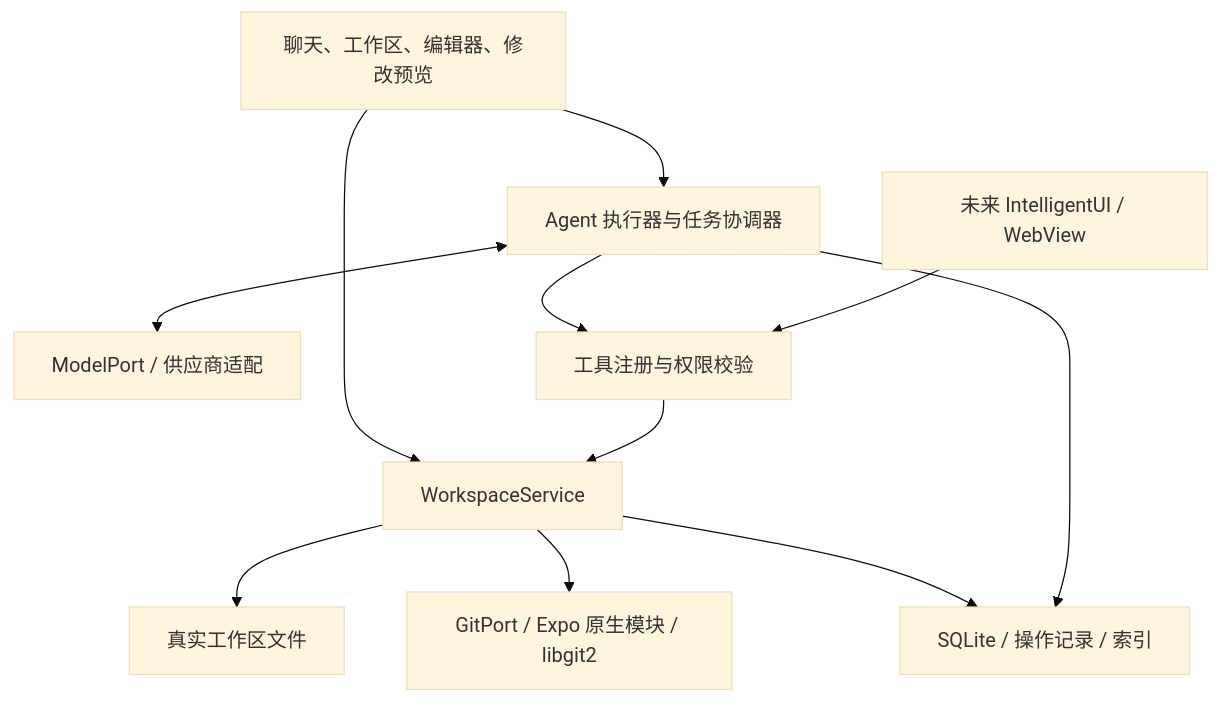
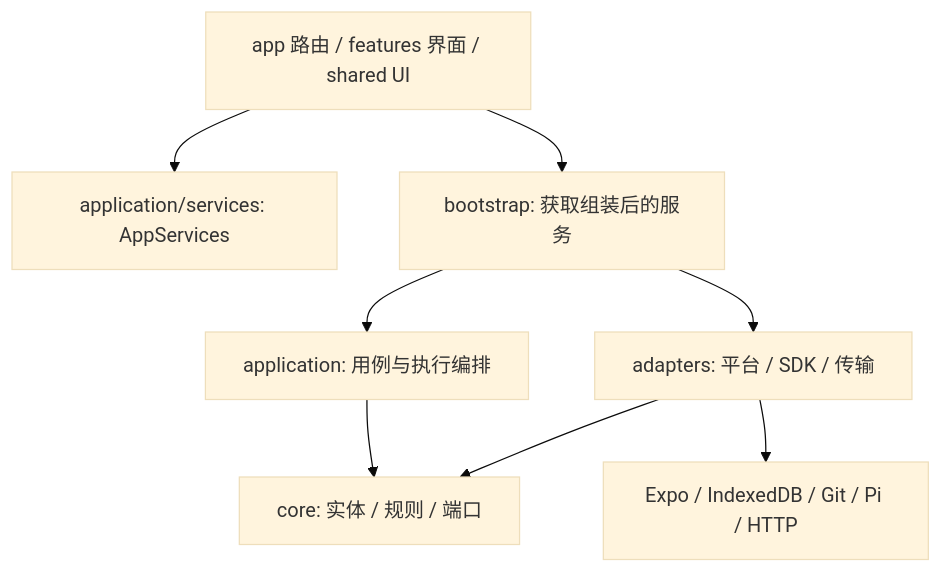
The first of 2 diagrams in docs/design.md (VoidState-1/AgentMobile), drawn with Mermaid (base theme) before and after one commit. The commit also changed other lines of this file and 27 other files, not shown here.

````diff
--- a/docs/design.md
+++ b/docs/design.md
@@ -176,13 +35,10 @@
 ```mermaid
 flowchart TD
-  UI[聊天、工作区、编辑器、修改预览] --> H[Agent 执行器与任务协调器]
-  H <--> M[ModelPort / 供应商适配]
-  H --> T[工具注册与权限校验]
-  UI --> W[WorkspaceService]
-  T --> W
-  W --> F[真实工作区文件]
-  W --> G[GitPort / Expo 原生模块 / libgit2]
-  W --> D[SQLite / 操作记录 / 索引]
-  H --> D
-  R[未来 IntelligentUI / WebView] --> T
+    UI[app 路由 / features 界面 / shared UI] --> API[application/services: AppServices]
+    UI --> BOOT[bootstrap: 获取组装后的服务]
+    BOOT --> APP[application: 用例与执行编排]
+    BOOT --> ADAPTER[adapters: 平台 / SDK / 传输]
+    APP --> CORE[core: 实体 / 规则 / 端口]
+    ADAPTER --> CORE
+    ADAPTER --> HOST[Expo / IndexedDB / Git / Pi / HTTP]
 ```
````
